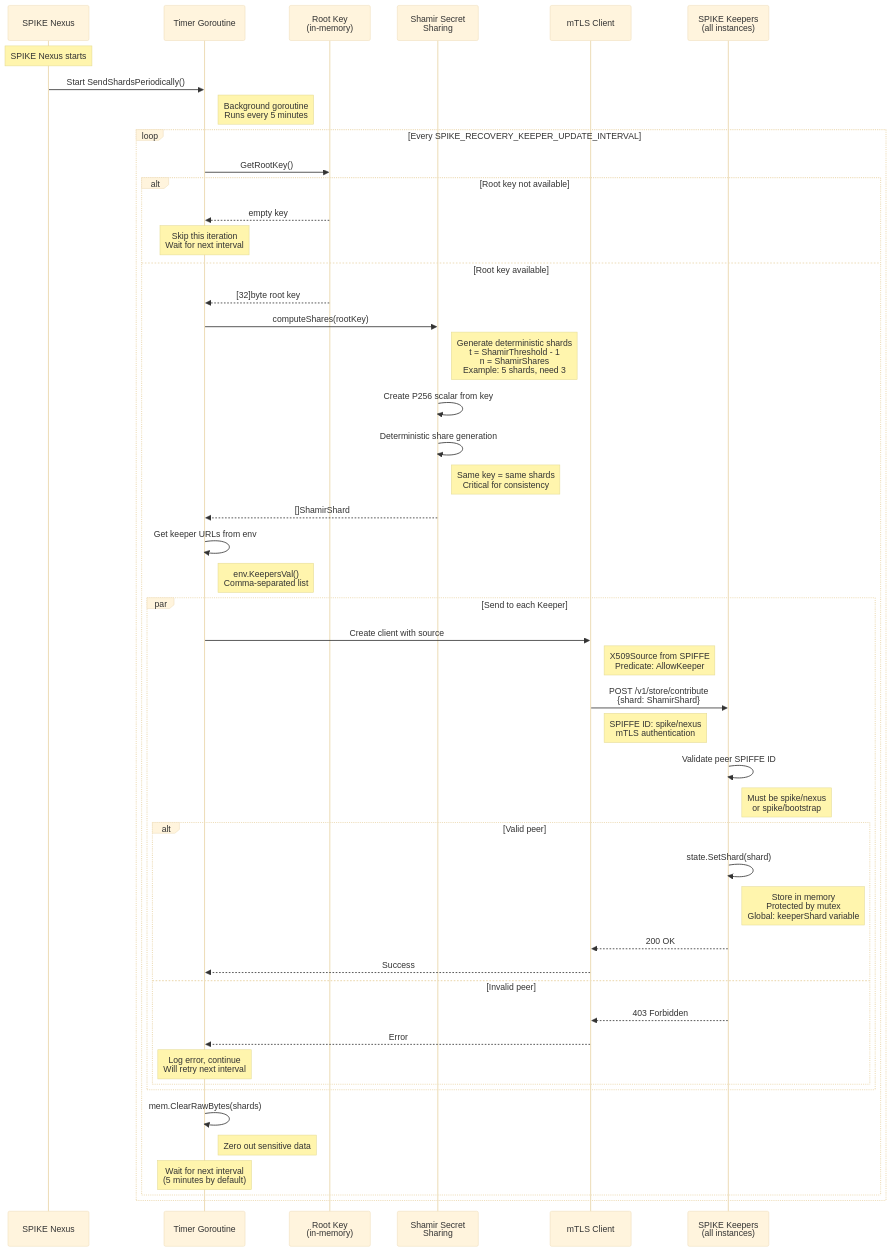
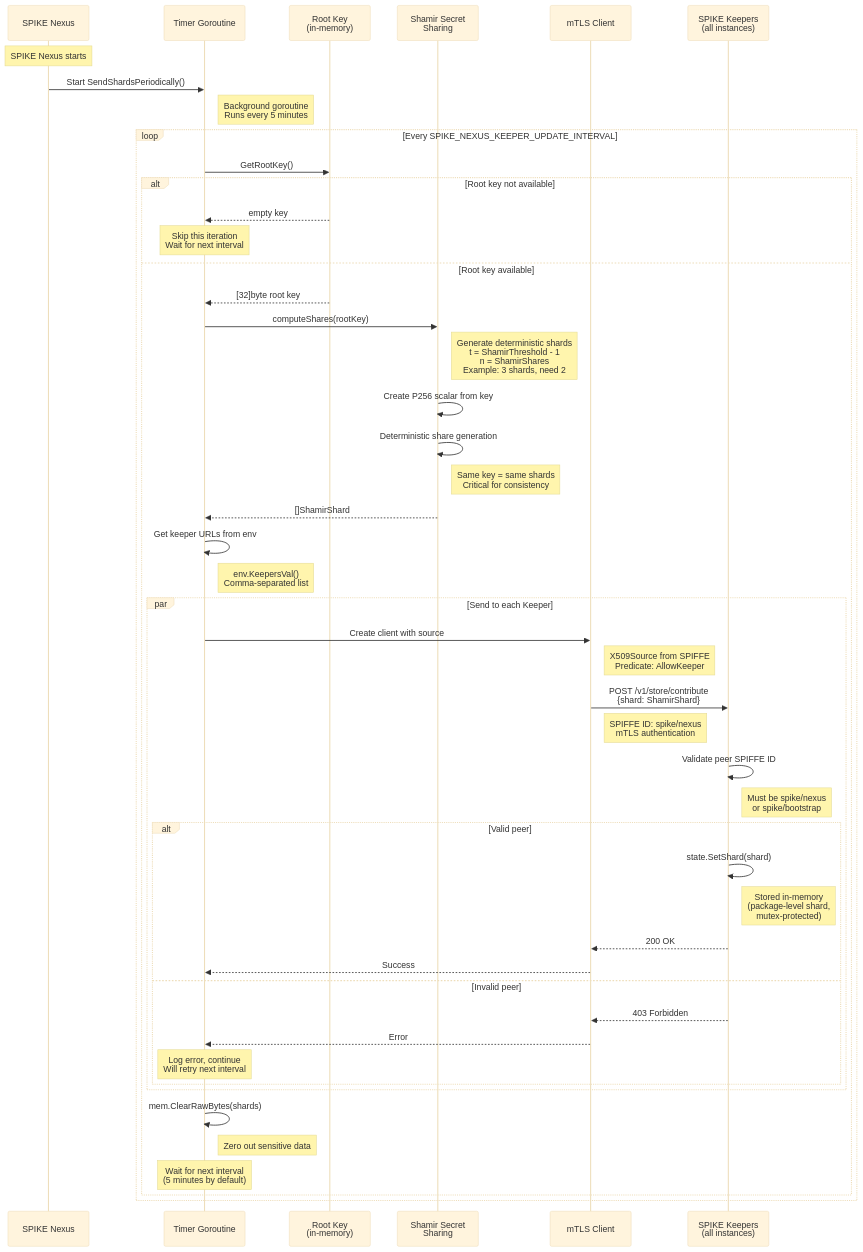
One commit to spiffe/spike changed the diagram in diagrams/008-spike-nexus-keeper-periodic-shard-distribution.md. Above: the diagram before and after it, drawn with Mermaid (base theme). The commit also changed 25 other files, not shown here.

````diff
--- a/diagrams/008-spike-nexus-keeper-periodic-shard-distribution.md
+++ b/diagrams/008-spike-nexus-keeper-periodic-shard-distribution.md
@@ -7,67 +7,67 @@
 ```mermaid
 sequenceDiagram
 participant Nexus as SPIKE Nexus
 participant Timer as Timer Goroutine
 participant RootKey as Root Key<br/>(in-memory)
 participant Shamir as Shamir Secret<br/>Sharing
 participant MTLSClient as mTLS Client
 participant Keepers as SPIKE Keepers<br/>(all instances)
 
     Note over Nexus: SPIKE Nexus starts
 
     Nexus->>Timer: Start SendShardsPeriodically()
     Note right of Timer: Background goroutine<br/>Runs every 5 minutes
 
-    loop Every SPIKE_RECOVERY_KEEPER_UPDATE_INTERVAL
+    loop Every SPIKE_NEXUS_KEEPER_UPDATE_INTERVAL
         Timer->>RootKey: GetRootKey()
 
         alt Root key not available
             RootKey-->>Timer: empty key
             Note over Timer: Skip this iteration<br/>Wait for next interval
         else Root key available
             RootKey-->>Timer: [32]byte root key
 
             Timer->>Shamir: computeShares(rootKey)
-            Note right of Shamir: Generate deterministic shards<br/>t = ShamirThreshold - 1<br/>n = ShamirShares<br/>Example: 5 shards, need 3
+            Note right of Shamir: Generate deterministic shards<br/>t = ShamirThreshold - 1<br/>n = ShamirShares<br/>Example: 3 shards, need 2
 
             Shamir->>Shamir: Create P256 scalar from key
             Shamir->>Shamir: Deterministic share generation
             Note right of Shamir: Same key = same shards<br/>Critical for consistency
 
             Shamir-->>Timer: []ShamirShard
 
             Timer->>Timer: Get keeper URLs from env
             Note right of Timer: env.KeepersVal()<br/>Comma-separated list
 
             par Send to each Keeper
                 Timer->>MTLSClient: Create client with source
                 Note right of MTLSClient: X509Source from SPIFFE<br/>Predicate: AllowKeeper
 
                 MTLSClient->>Keepers: POST /v1/store/contribute<br/>{shard: ShamirShard}
                 Note right of MTLSClient: SPIFFE ID: spike/nexus<br/>mTLS authentication
 
                 Keepers->>Keepers: Validate peer SPIFFE ID
                 Note right of Keepers: Must be spike/nexus<br/>or spike/bootstrap
 
                 alt Valid peer
                     Keepers->>Keepers: state.SetShard(shard)
-                    Note right of Keepers: Store in memory<br/>Protected by mutex<br/>Global: keeperShard variable
+                    Note right of Keepers: Stored in-memory<br/>(package-level shard,<br/>mutex-protected)
 
                     Keepers-->>MTLSClient: 200 OK
 
                     MTLSClient-->>Timer: Success
                 else Invalid peer
                     Keepers-->>MTLSClient: 403 Forbidden
 
                     MTLSClient-->>Timer: Error
                     Note over Timer: Log error, continue<br/>Will retry next interval
                 end
             end
 
             Timer->>Timer: mem.ClearRawBytes(shards)
             Note right of Timer: Zero out sensitive data
 
             Note over Timer: Wait for next interval<br/>(5 minutes by default)
         end
     end
 ```
````
